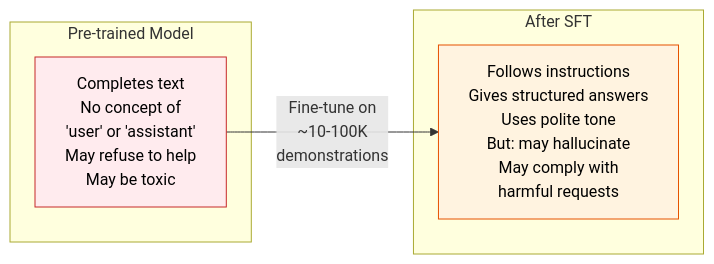
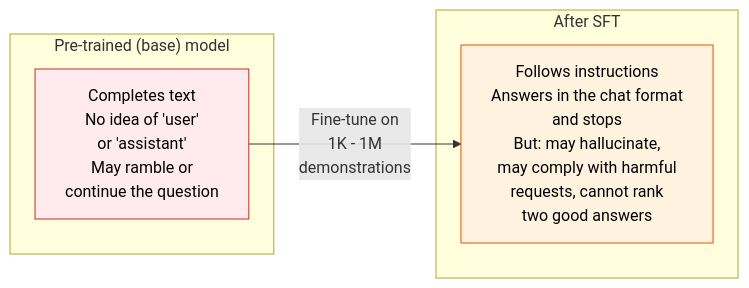
One commit to Hmago/ml4 changed diagram 11 of 26 in content/34b_google_top10_ml_interview_part2.md. Above: the diagram before and after it, drawn with Mermaid. The commit also changed other lines of this file and 59 other files, not shown here.

````diff
--- a/content/34b_google_top10_ml_interview_part2.md
+++ b/content/34b_google_top10_ml_interview_part2.md
@@ -856,15 +1338,15 @@
 ```mermaid
 graph LR
-    subgraph "Pre-trained Model"
-        P["Completes text<br/>No concept of<br/>'user' or 'assistant'<br/>May refuse to help<br/>May be toxic"]
+    subgraph "Pre-trained (base) model"
+        P["Completes text<br/>No idea of 'user'<br/>or 'assistant'<br/>May ramble or<br/>continue the question"]
     end
 
     subgraph "After SFT"
-        S["Follows instructions<br/>Gives structured answers<br/>Uses polite tone<br/>But: may hallucinate<br/>May comply with<br/>harmful requests"]
+        S["Follows instructions<br/>Answers in the chat format<br/>and stops<br/>But: may hallucinate,<br/>may comply with harmful<br/>requests, cannot rank<br/>two good answers"]
     end
 
-    P -->|"Fine-tune on<br/>~10-100K<br/>demonstrations"| S
+    P -->|"Fine-tune on<br/>1K - 1M<br/>demonstrations"| S
 
     style P fill:#ffebee,stroke:#c62828,color:#000
     style S fill:#fff3e0,stroke:#e65100,color:#000
 ```
````
